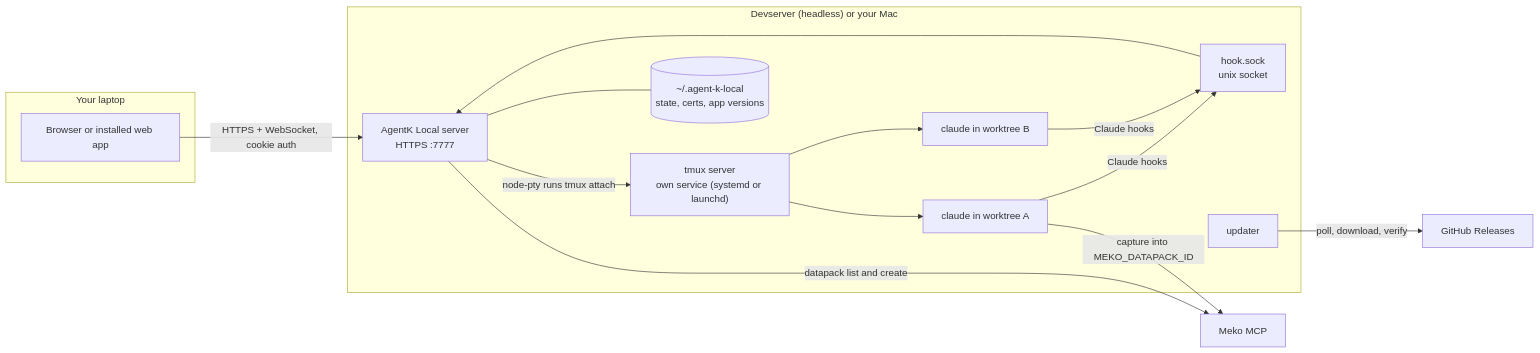
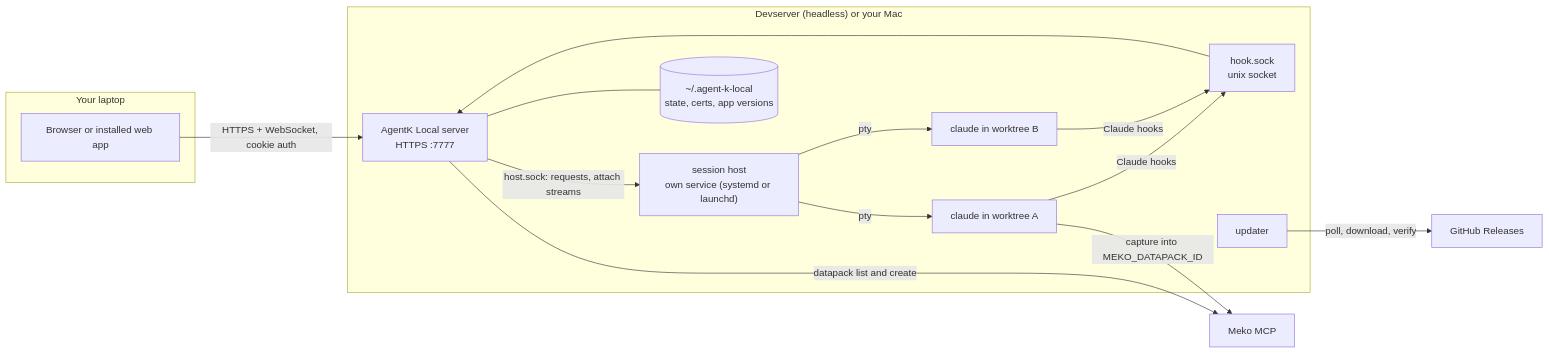
Before and after one commit to yugabyte/meko: the first of 3 diagrams in docs/design.md, drawn with Mermaid. The commit also changed other lines of this file and 70 other files, not shown here.

````diff
--- a/docs/design.md
+++ b/docs/design.md
@@ -49,28 +49,28 @@
 ```mermaid
 flowchart LR
   subgraph Mac["Your laptop"]
     B["Browser or installed web app"]
   end
   subgraph Host["Devserver (headless) or your Mac"]
     S["AgentK Local server<br/>HTTPS :7777"]
     H["hook.sock<br/>unix socket"]
-    T["tmux server<br/>own service (systemd or launchd)"]
+    T["session host<br/>own service (systemd or launchd)"]
     C1["claude in worktree A"]
     C2["claude in worktree B"]
     ST[("~/.agent-k-local<br/>state, certs, app versions")]
     U["updater"]
   end
   M["Meko MCP"]
   GH["GitHub Releases"]
   B -- "HTTPS + WebSocket, cookie auth" --> S
-  S -- "node-pty runs tmux attach" --> T
-  T --> C1
-  T --> C2
+  S -- "host.sock: requests, attach streams" --> T
+  T -- "pty" --> C1
+  T -- "pty" --> C2
   C1 -- "Claude hooks" --> H
   C2 -- "Claude hooks" --> H
   H --> S
   S --- ST
   S -- "datapack list and create" --> M
   C1 -- "capture into MEKO_DATAPACK_ID" --> M
   U -- "poll, download, verify" --> GH
 ```
````
